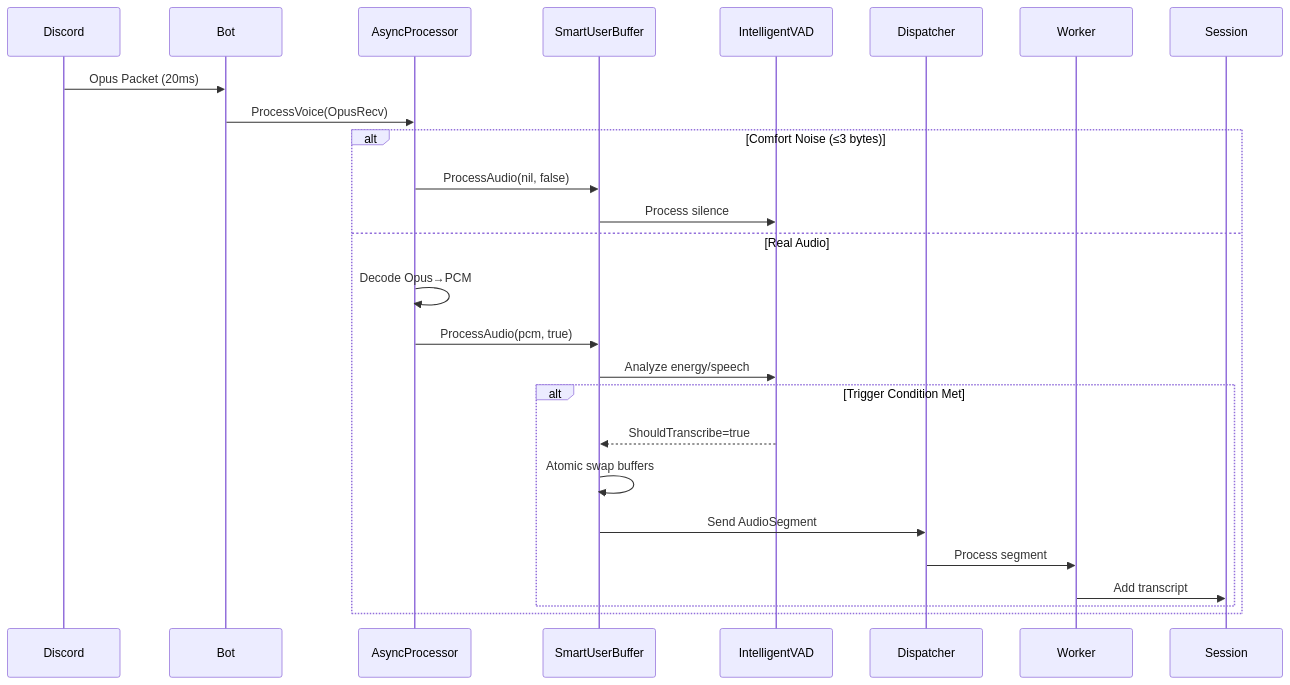
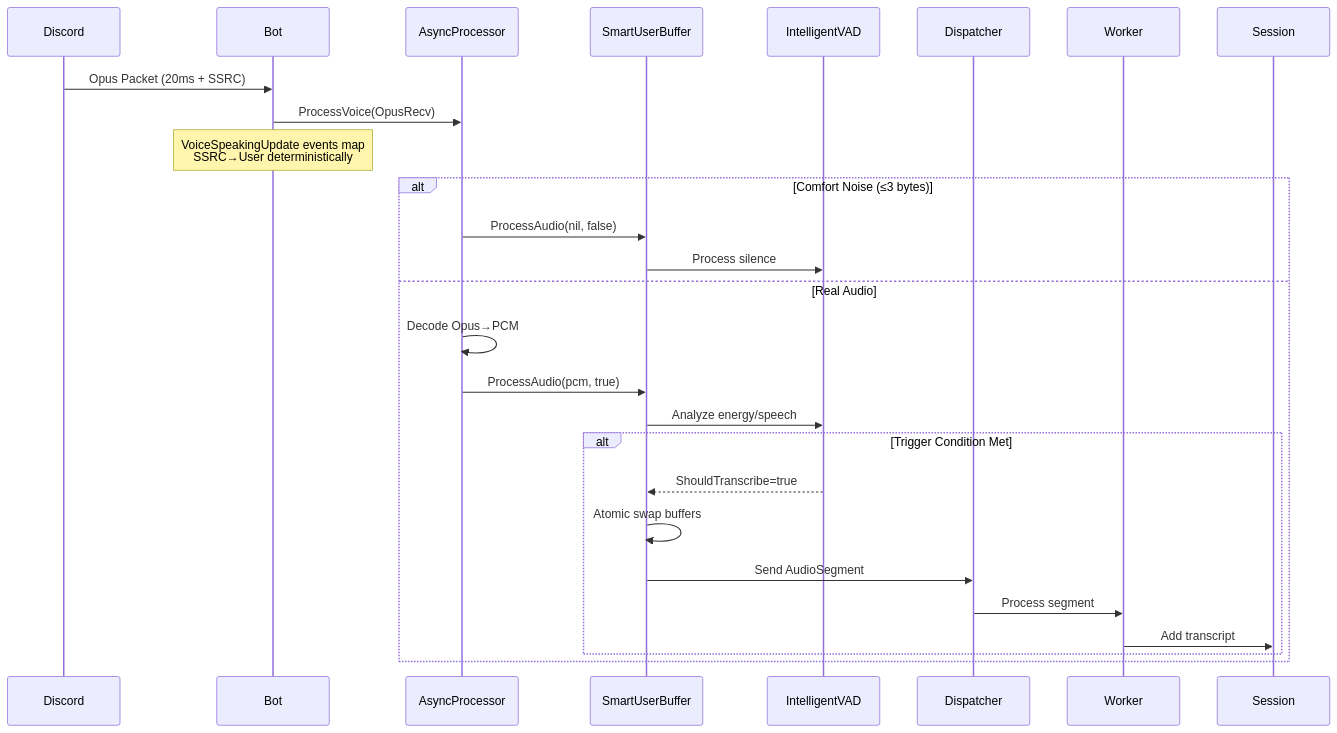
Before and after one commit to fankserver/discord-voice-mcp: the second of 3 diagrams in ARCHITECTURE_DOCUMENTATION.md, drawn with Mermaid. The commit also changed other lines of this file and 8 other files, not shown here.

First line of the commit message:
feat: implement dynamic username resolution for Discord voice transcription (#18)

````diff
--- a/ARCHITECTURE_DOCUMENTATION.md
+++ b/ARCHITECTURE_DOCUMENTATION.md
@@ -292,31 +324,33 @@
 ```mermaid
 sequenceDiagram
     participant Discord
     participant Bot
     participant AsyncProc as AsyncProcessor
     participant Buffer as SmartUserBuffer
     participant VAD as IntelligentVAD
     participant Dispatcher
     participant Worker
     participant Session
 
-    Discord->>Bot: Opus Packet (20ms)
+    Discord->>Bot: Opus Packet (20ms + SSRC)
     Bot->>AsyncProc: ProcessVoice(OpusRecv)
+    
+    Note over Bot: VoiceSpeakingUpdate events map<br/>SSRC→User deterministically
     
     alt Comfort Noise (≤3 bytes)
         AsyncProc->>Buffer: ProcessAudio(nil, false)
         Buffer->>VAD: Process silence
     else Real Audio
         AsyncProc->>AsyncProc: Decode Opus→PCM
         AsyncProc->>Buffer: ProcessAudio(pcm, true)
         Buffer->>VAD: Analyze energy/speech
         
         alt Trigger Condition Met
             VAD-->>Buffer: ShouldTranscribe=true
             Buffer->>Buffer: Atomic swap buffers
             Buffer->>Dispatcher: Send AudioSegment
             Dispatcher->>Worker: Process segment
             Worker->>Session: Add transcript
         end
     end
 ```
````
